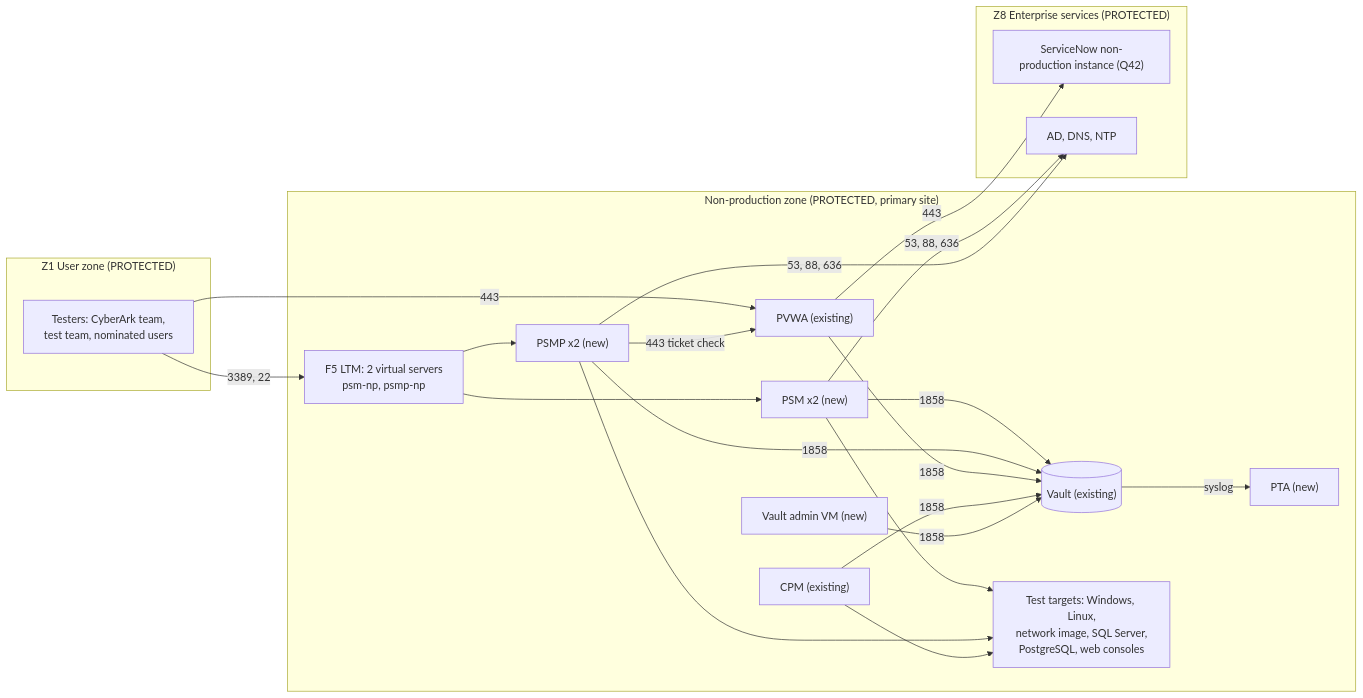
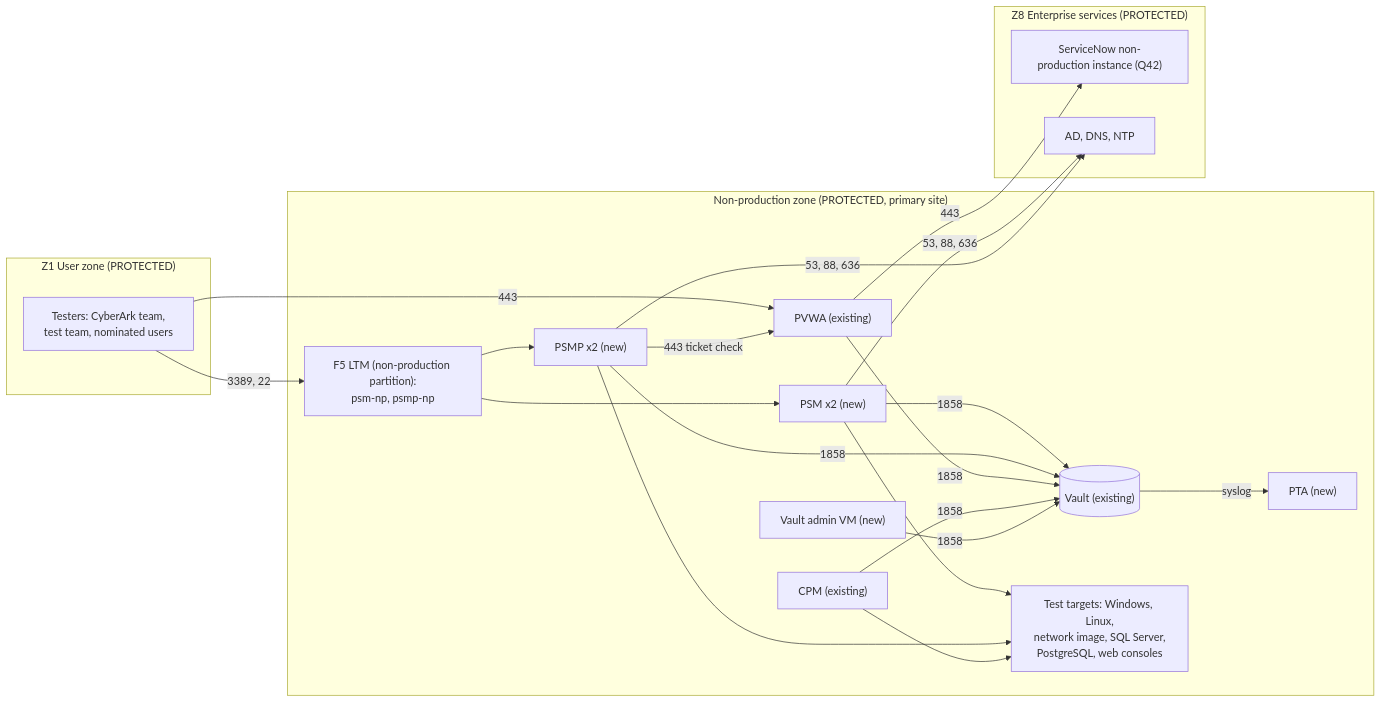
Diagram 11 of 13 in docs/cyberark-psm/impact-assessment.md (cnampalli/CB-Raap-Vault), drawn with Mermaid before and after one commit. The commit also changed other lines of this file, not shown here.

First line of the commit message:
docs(psm): IA v0.11 - network and security architect review fixes

````diff
--- a/docs/cyberark-psm/impact-assessment.md
+++ b/docs/cyberark-psm/impact-assessment.md
@@ -1222,30 +1259,30 @@
 ```mermaid
 flowchart LR
     subgraph Z1["Z1 User zone (PROTECTED)"]
         TST["Testers: CyberArk team,<br/>test team, nominated users"]
     end
     subgraph NPZ["Non-production zone (PROTECTED, primary site)"]
-        NLTM["F5 LTM: 2 virtual servers<br/>psm-np, psmp-np"]
+        NLTM["F5 LTM (non-production partition):<br/>psm-np, psmp-np"]
         NPV["PVWA (existing)"]
         NPSM["PSM x2 (new)"]
         NPSMP["PSMP x2 (new)"]
         NV[("Vault (existing)")]
         NCPM["CPM (existing)"]
         NPTA["PTA (new)"]
         NVA["Vault admin VM (new)"]
         TT["Test targets: Windows, Linux,<br/>network image, SQL Server,<br/>PostgreSQL, web consoles"]
     end
     subgraph Z8["Z8 Enterprise services (PROTECTED)"]
         NSN["ServiceNow non-production instance (Q42)"]
         NAD["AD, DNS, NTP"]
     end
     TST -->|"443"| NPV
     TST -->|"3389, 22"| NLTM
     NLTM --> NPSM & NPSMP
     NPSMP -->|"443 ticket check"| NPV
     NPV -->|"443"| NSN
     NPSM & NPSMP & NPV & NCPM & NVA -->|"1858"| NV
     NV -->|"syslog"| NPTA
     NPSM & NPSMP & NCPM --> TT
     NPSM & NPSMP -->|"53, 88, 636"| NAD
 ```
````
